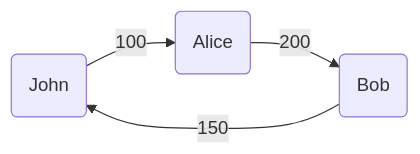
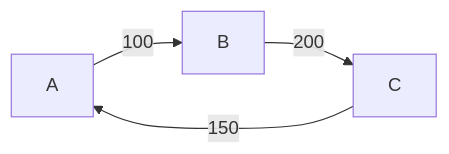
Before and after one commit to qvic/fair-split: the diagram in README.md, drawn with Mermaid. The commit also changed other lines of this file, not shown here.

````diff
--- a/README.md
+++ b/README.md
@@ -5,6 +5,6 @@
 ```mermaid
 graph LR;
-   A(John) -->|100| B(Alice);
-   B -->|200| C(Bob);
+   A -->|100| B;
+   B -->|200| C;
    C -->|150| A;
 ```
````
